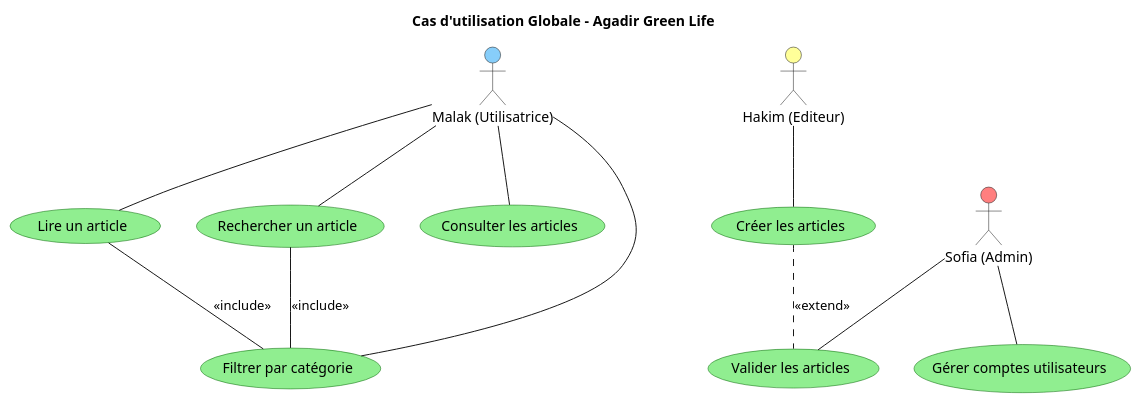
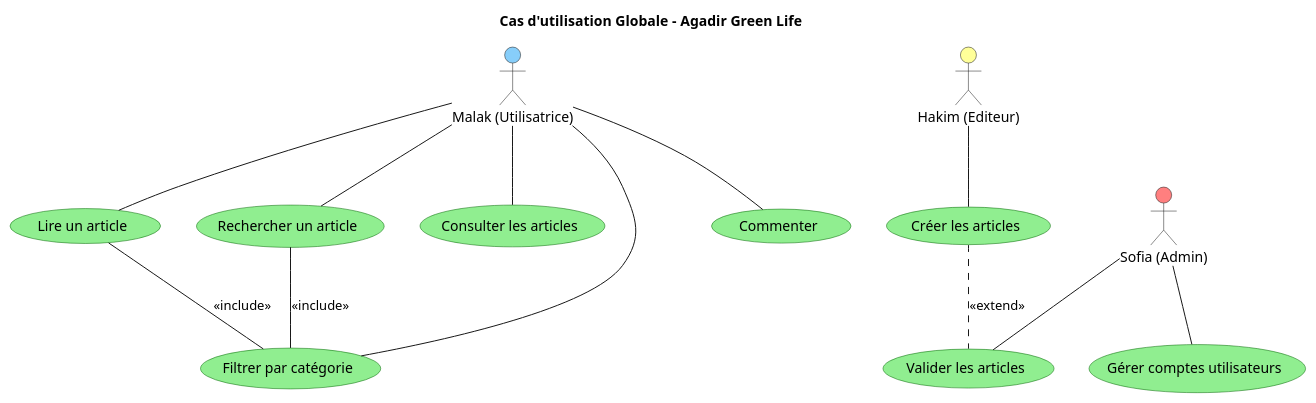
Before and after one commit to fadhub/blog-Agadir-Green-Life: the diagram in diagramme-UML/diagramme.puml, drawn with PlantUML.

Commit message:
ajout de diagramme

```diff
--- a/diagramme-UML/diagramme.puml
+++ b/diagramme-UML/diagramme.puml
@@ -1,40 +1,42 @@
 @startuml
 title Cas d'utilisation Globale - Agadir Green Life
 top to bottom direction
 skinparam shadowing false
 skinparam usecase {
     BackgroundColor LightGreen
     BorderColor DarkGreen
 }
 
 ' === ACTEURS ===
 actor Malak as "Malak (Utilisatrice)" #87CEFA
 actor Hakim as "Hakim (Editeur)" #FFFF99
 actor Sofia as "Sofia (Admin)" #FF7F7F
 
 ' === CAS D'UTILISATION ===
 usecase "Lire un article" as UC1
 usecase "Créer les articles" as UC2
 usecase "Gérer comptes utilisateurs" as UC3
 usecase "Rechercher un article" as UC4
 usecase "Consulter les articles" as UC7
 usecase "Filtrer par catégorie" as UC8
+usecase "Commenter" as UC9
 usecase "Valider les articles" as UC10
 
 ' === RELATIONS ACTEURS ===
 Malak -- UC1
 Malak -- UC4
 Malak -- UC7
 Malak -- UC8
+Malak -- UC9
 
 Hakim -- UC2
 
 Sofia -- UC3
 Sofia -- UC10
 
 ' === RELATIONS ENTRE CAS ===
 UC1 -- UC8 : <<include>>
 UC4 -- UC8 : <<include>>
 UC2 .. UC10 : <<extend>>
 
 @enduml
```
